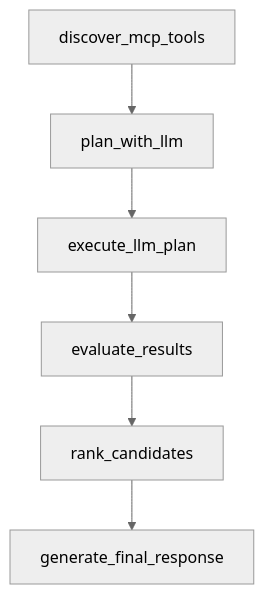
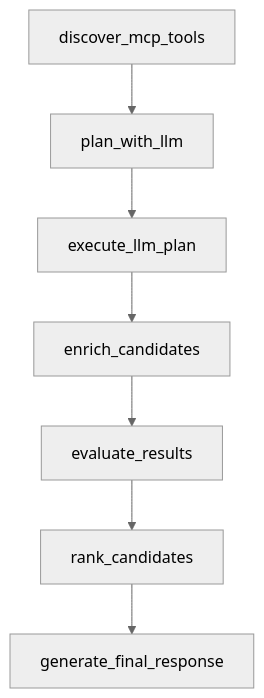
The first of 2 diagrams in apps/agent-api/docs/langgraph-agent-design.md (SIJO-TECHNOLOGY/agent0), drawn with Mermaid (neutral theme) before and after one commit. The commit also changed other lines of this file and 24 other files, not shown here.

````diff
--- a/apps/agent-api/docs/langgraph-agent-design.md
+++ b/apps/agent-api/docs/langgraph-agent-design.md
@@ -23,8 +23,9 @@
 ```mermaid
 flowchart TD
     A["discover_mcp_tools"] --> B["plan_with_llm"]
     B --> C["execute_llm_plan"]
-    C --> D["evaluate_results"]
-    D --> E["rank_candidates"]
-    E --> F["generate_final_response"]
+    C --> D["enrich_candidates"]
+    D --> E["evaluate_results"]
+    E --> F["rank_candidates"]
+    F --> G["generate_final_response"]
 ```
````
